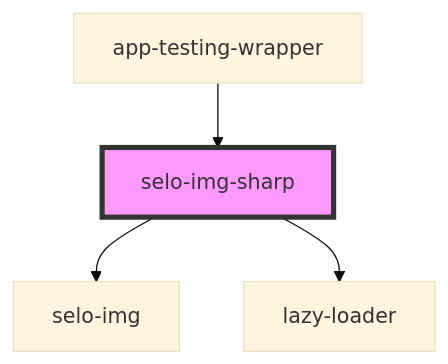
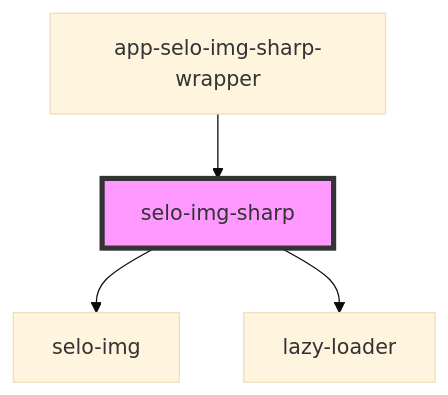
Before and after one commit to selodev/selo-image-sharp: the diagram in src/components/selo-img-sharp/readme.md, drawn with Mermaid (base theme). The commit also changed other lines of this file and 7 other files, not shown here.

````diff
--- a/src/components/selo-img-sharp/readme.md
+++ b/src/components/selo-img-sharp/readme.md
@@ -30,7 +30,7 @@
 ```mermaid
 graph TD;
   selo-img-sharp --> selo-img
   selo-img-sharp --> lazy-loader
-  app-testing-wrapper --> selo-img-sharp
+  app-selo-img-sharp-wrapper --> selo-img-sharp
   style selo-img-sharp fill:#f9f,stroke:#333,stroke-width:4px
 ```
````
